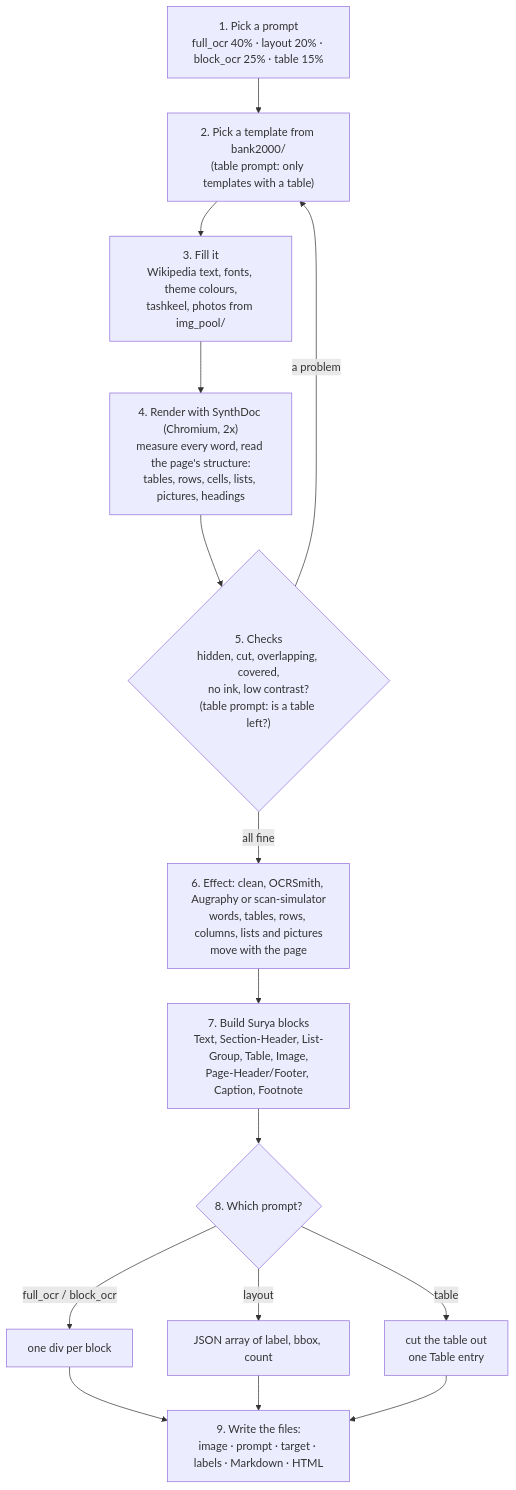
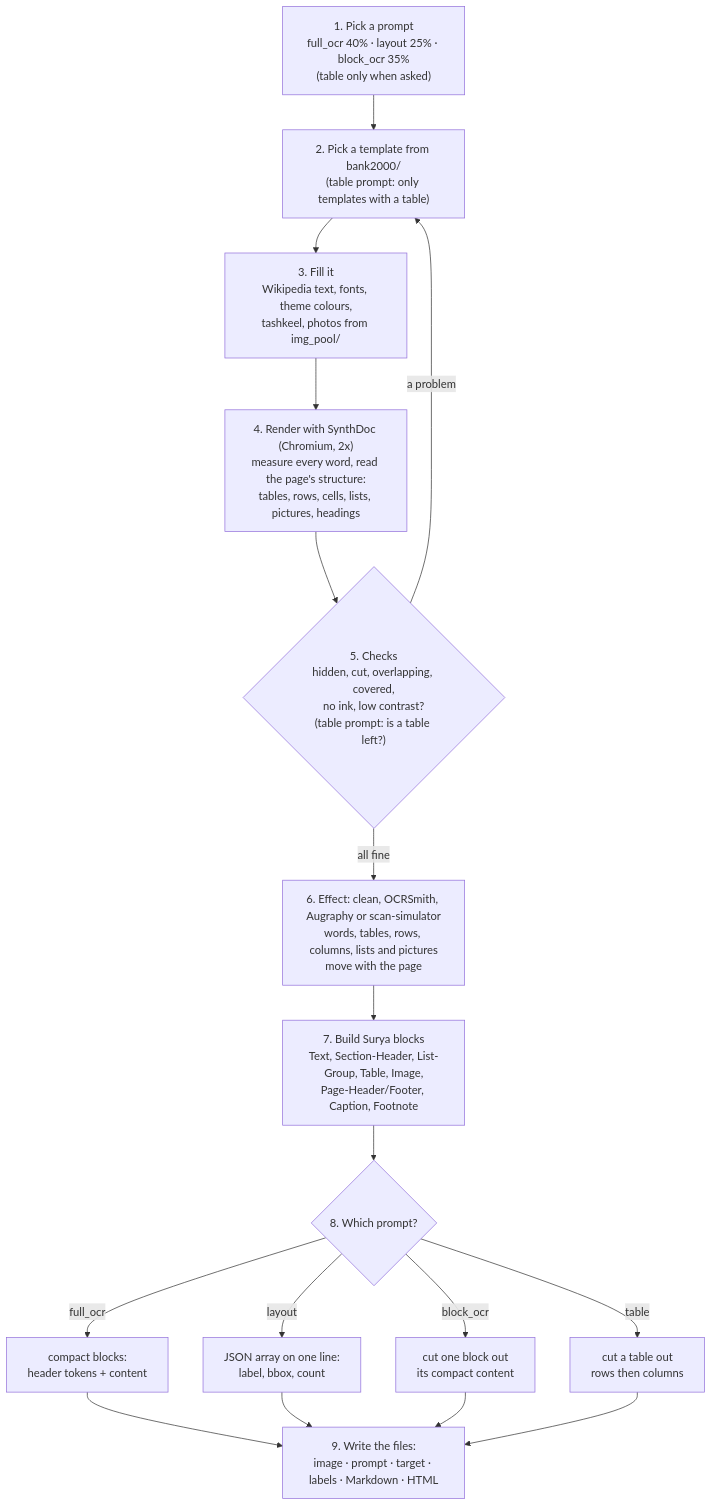
Before and after one commit to Yousef10p/OCRSynthGen: the first of 5 diagrams in surya-format.md, drawn with Mermaid. The commit also changed other lines of this file and 7 other files, not shown here.

````diff
--- a/surya-format.md
+++ b/surya-format.md
@@ -89,19 +97,21 @@
 ```mermaid
 flowchart TD
-    A["1. Pick a prompt<br/>full_ocr 40% · layout 20% · block_ocr 25% · table 15%"] --> B
+    A["1. Pick a prompt<br/>full_ocr 40% · layout 25% · block_ocr 35%<br/>(table only when asked)"] --> B
     B["2. Pick a template from bank2000/<br/>(table prompt: only templates with a table)"] --> C
     C["3. Fill it<br/>Wikipedia text, fonts, theme colours,<br/>tashkeel, photos from img_pool/"] --> D
     D["4. Render with SynthDoc (Chromium, 2x)<br/>measure every word, read the page's structure:<br/>tables, rows, cells, lists, pictures, headings"] --> E
     E{"5. Checks<br/>hidden, cut, overlapping, covered,<br/>no ink, low contrast?<br/>(table prompt: is a table left?)"}
     E -- "a problem" --> B
     E -- "all fine" --> F
     F["6. Effect: clean, OCRSmith, Augraphy or scan-simulator<br/>words, tables, rows, columns, lists and pictures<br/>move with the page"] --> G
     G["7. Build Surya blocks<br/>Text, Section-Header, List-Group, Table, Image,<br/>Page-Header/Footer, Caption, Footnote"] --> H
     H{"8. Which prompt?"}
-    H -- "full_ocr / block_ocr" --> I["one div per block"]
-    H -- "layout" --> J["JSON array of label, bbox, count"]
-    H -- "table" --> K["cut the table out<br/>one Table entry"]
+    H -- "full_ocr" --> I["compact blocks:<br/>header tokens + content"]
+    H -- "layout" --> J["JSON array on one line:<br/>label, bbox, count"]
+    H -- "block_ocr" --> M["cut one block out<br/>its compact content"]
+    H -- "table" --> K["cut a table out<br/>rows then columns"]
     I --> L["9. Write the files:<br/>image · prompt · target · labels · Markdown · HTML"]
     J --> L
+    M --> L
     K --> L
 ```
````
